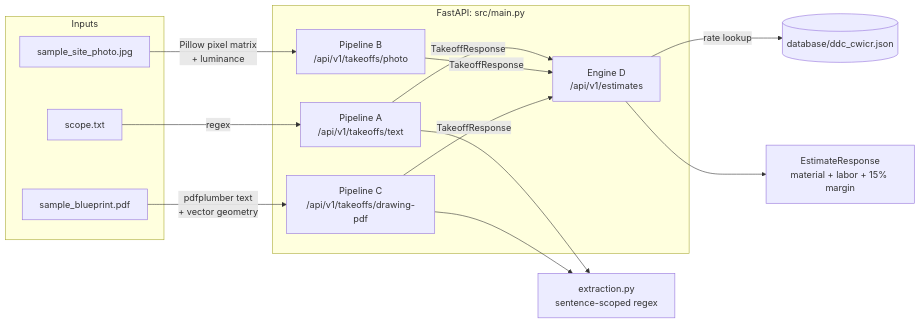
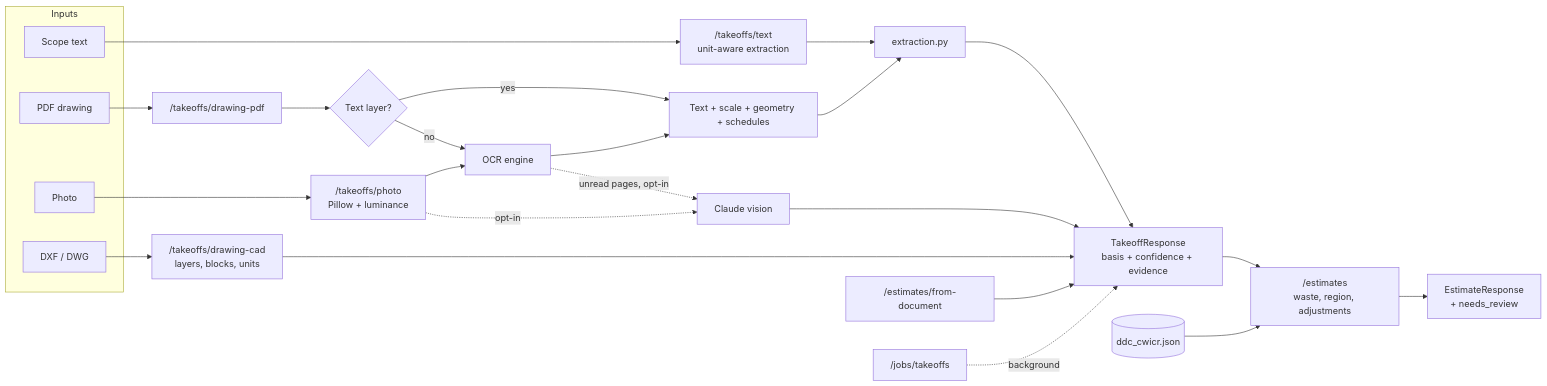
One commit to hddaghigh/blueprint-takeoff-estimator-api changed the diagram in README.md. Above: the diagram before and after it, drawn with Mermaid. The commit also changed other lines of this file and 49 other files, not shown here.

First line of the commit message:
feat: OCR, scale/geometry, CAD, vision, richer estimates and jobs

````diff
--- a/README.md
+++ b/README.md
@@ -31,32 +33,34 @@
 ```mermaid
 flowchart LR
     subgraph Inputs
-        T[scope.txt]
-        P[sample_site_photo.jpg]
-        D[sample_blueprint.pdf]
+        T[Scope text]
+        P[Photo]
+        D[PDF drawing]
+        C[DXF / DWG]
     end
 
-    subgraph API["FastAPI: src/main.py"]
-        RA["Pipeline A<br/>/api/v1/takeoffs/text"]
-        RB["Pipeline B<br/>/api/v1/takeoffs/photo"]
-        RC["Pipeline C<br/>/api/v1/takeoffs/drawing-pdf"]
-        RD["Engine D<br/>/api/v1/estimates"]
-    end
+    T --> A["/takeoffs/text<br/>unit-aware extraction"]
+    P --> B["/takeoffs/photo<br/>Pillow + luminance"]
+    D --> PDF["/takeoffs/drawing-pdf"]
+    C --> CAD["/takeoffs/drawing-cad<br/>layers, blocks, units"]
 
-    EX["extraction.py<br/>sentence-scoped regex"]
-    DB[("database/ddc_cwicr.json")]
+    PDF --> TL{Text layer?}
+    TL -- yes --> TXT[Text + scale + geometry + schedules]
+    TL -- no --> OCR[OCR engine]
+    OCR --> TXT
+    B --> OCR
+    OCR -. unread pages, opt-in .-> V[Claude vision]
+    B -. opt-in .-> V
 
-    T -->|regex| RA
-    P -->|Pillow pixel matrix<br/>+ luminance| RB
-    D -->|pdfplumber text<br/>+ vector geometry| RC
+    A --> EX[extraction.py]
+    TXT --> EX
+    EX --> TK[TakeoffResponse<br/>basis + confidence + evidence]
+    V --> TK
+    CAD --> TK
 
-    RA --> EX
-    RC --> EX
-
-    RA -->|TakeoffResponse| RD
-    RB -->|TakeoffResponse| RD
-    RC -->|TakeoffResponse| RD
-
-    RD -->|rate lookup| DB
-    RD --> OUT["EstimateResponse<br/>material + labor + 15% margin"]
+    TK --> E["/estimates<br/>waste, region, adjustments"]
+    DB[("ddc_cwicr.json")] --> E
+    E --> OUT[EstimateResponse<br/>+ needs_review]
+    DOC["/estimates/from-document"] --> TK
+    JOB["/jobs/takeoffs"] -. background .-> TK
 ```
````
